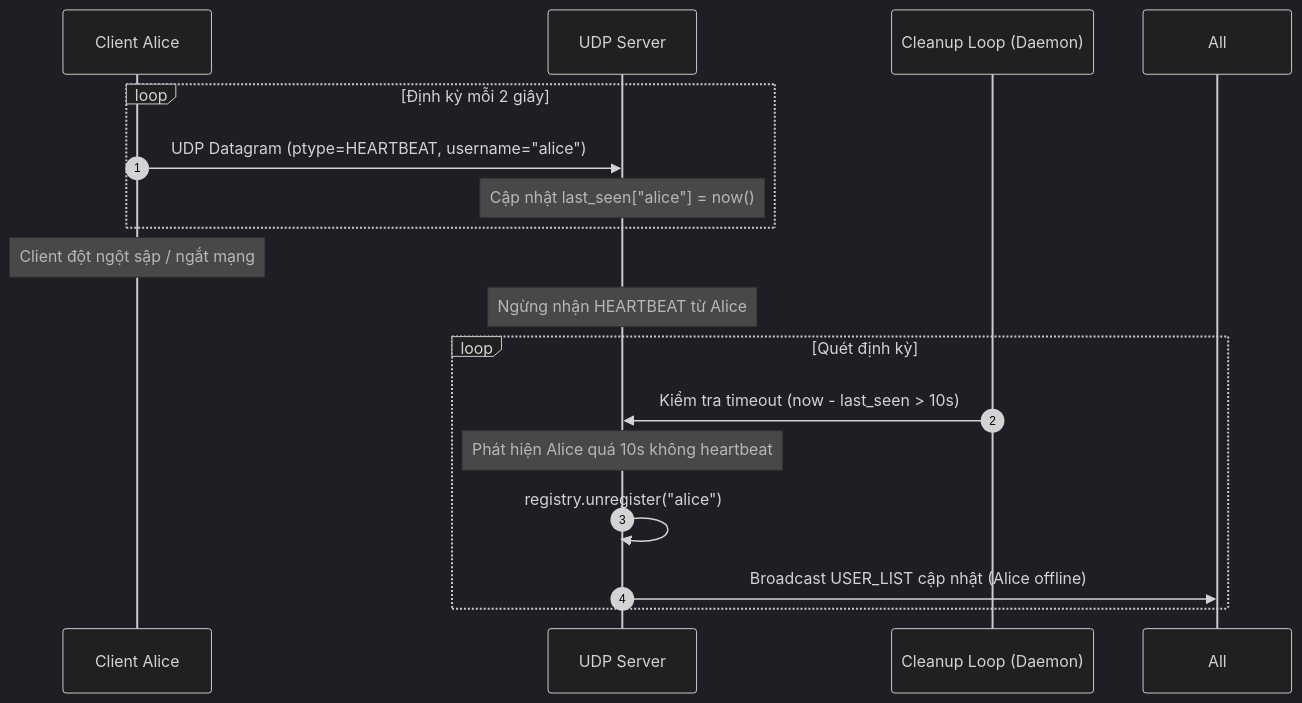
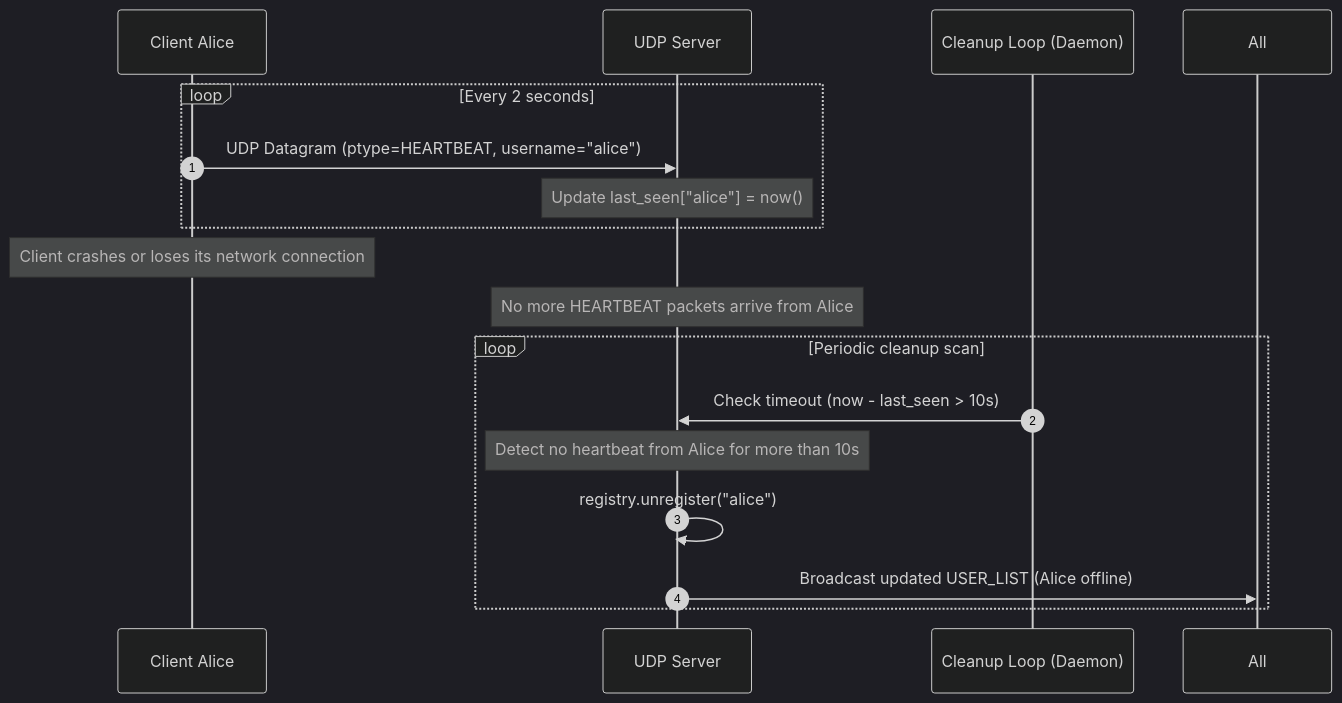
Before and after one commit to Smokiestfox/networking-app-assignment: the eighth of 9 diagrams in docs/protocol.md, drawn with Mermaid (dark theme). The commit also changed other lines of this file and 1 other file, not shown here.

````diff
--- a/docs/protocol.md
+++ b/docs/protocol.md
@@ -538,22 +538,22 @@
 ```mermaid
 sequenceDiagram
     autonumber
     participant Client as Client Alice
     participant Server as UDP Server
     participant CleanThread as Cleanup Loop (Daemon)
 
-    loop Định kỳ mỗi 2 giây
+    loop Every 2 seconds
         Client->>Server: UDP Datagram (ptype=HEARTBEAT, username="alice")
-        Note over Server: Cập nhật last_seen["alice"] = now()
+        Note over Server: Update last_seen["alice"] = now()
     end
 
-    Note over Client: Client đột ngột sập / ngắt mạng
-    Note over Server: Ngừng nhận HEARTBEAT từ Alice
+    Note over Client: Client crashes or loses its network connection
+    Note over Server: No more HEARTBEAT packets arrive from Alice
 
-    loop Quét định kỳ
-        CleanThread->>Server: Kiểm tra timeout (now - last_seen > 10s)
-        Note over Server: Phát hiện Alice quá 10s không heartbeat
+    loop Periodic cleanup scan
+        CleanThread->>Server: Check timeout (now - last_seen > 10s)
+        Note over Server: Detect no heartbeat from Alice for more than 10s
         Server->>Server: registry.unregister("alice")
-        Server->>All: Broadcast USER_LIST cập nhật (Alice offline)
+        Server->>All: Broadcast updated USER_LIST (Alice offline)
     end
 ```
````
